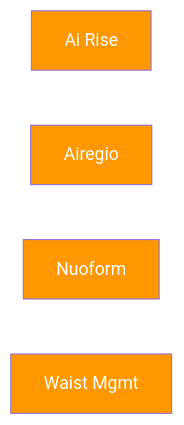
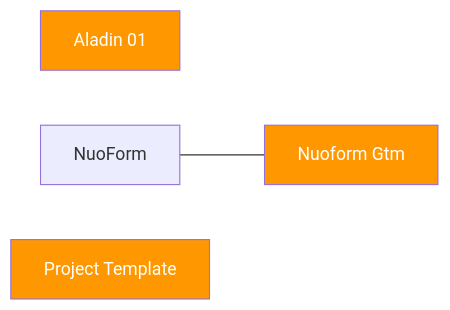
Before and after one commit to Katty-Fashion/kf-cpto: the diagram in docs/dependency-graph.md, drawn with Mermaid. The commit also changed other lines of this file and 6 other files, not shown here.

````diff
--- a/docs/dependency-graph.md
+++ b/docs/dependency-graph.md
@@ -10,11 +10,10 @@
 ```mermaid
 graph LR
-    ai-rise[Ai Rise]:::internal
-    airegio[Airegio]:::internal
-    nuoform[Nuoform]:::internal
-    waist-mgmt[Waist Mgmt]:::internal
+    Aladin-01[Aladin 01]:::internal
+    NuoForm---GTM[Nuoform   Gtm]:::internal
+    project-template[Project Template]:::internal
 
     classDef saas fill:#4CAF50,color:#fff
     classDef eu fill:#2196F3,color:#fff
     classDef internal fill:#FF9800,color:#fff
 ```
````
